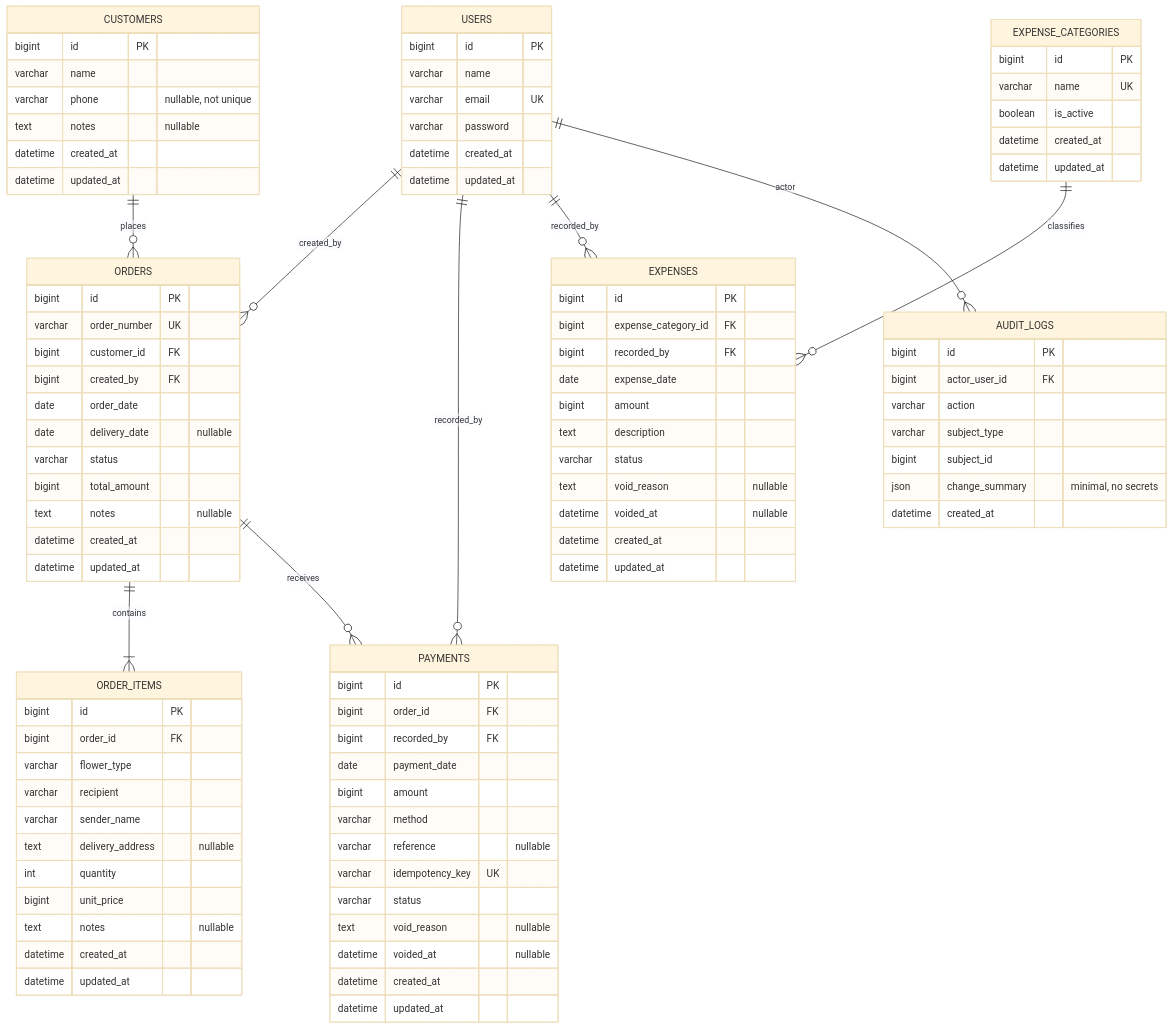
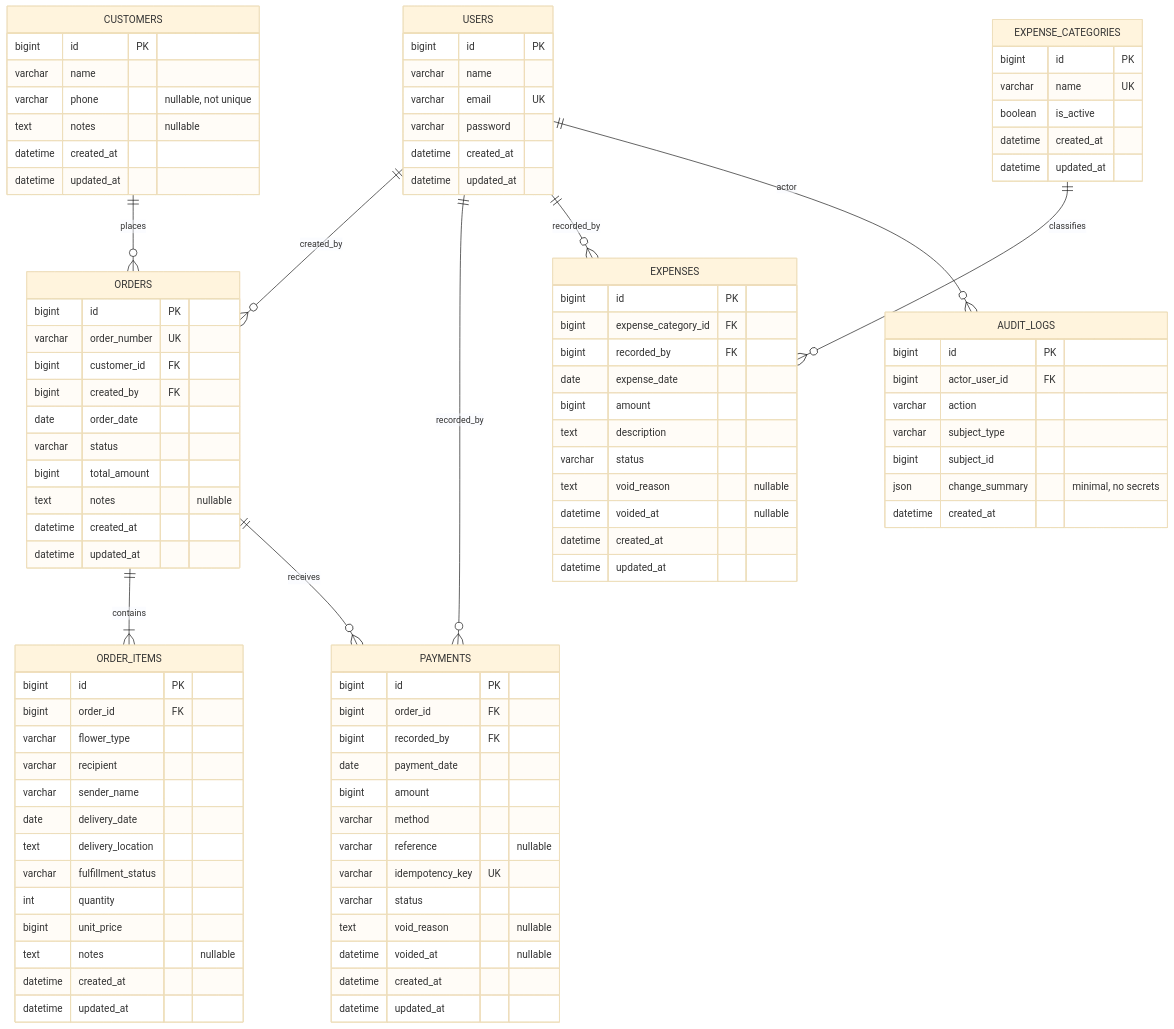
One commit to Vluuuu/Mutiara-Florist-Management-System changed the diagram in docs/DATABASE.md. Above: the diagram before and after it, drawn with Mermaid (base theme). The commit also changed other lines of this file, not shown here.

Commit message:
docs: support distinct delivery date and destination per order item

```diff
--- a/docs/DATABASE.md
+++ b/docs/DATABASE.md
@@ -48,7 +48,6 @@
     bigint customer_id FK
     bigint created_by FK
     date order_date
-    date delivery_date "nullable"
     varchar status
     bigint total_amount
     text notes "nullable"
@@ -61,7 +60,9 @@
     varchar flower_type
     varchar recipient
     varchar sender_name
-    text delivery_address "nullable"
+    date delivery_date
+    text delivery_location
+    varchar fulfillment_status
     int quantity
     bigint unit_price
     text notes "nullable"
```
